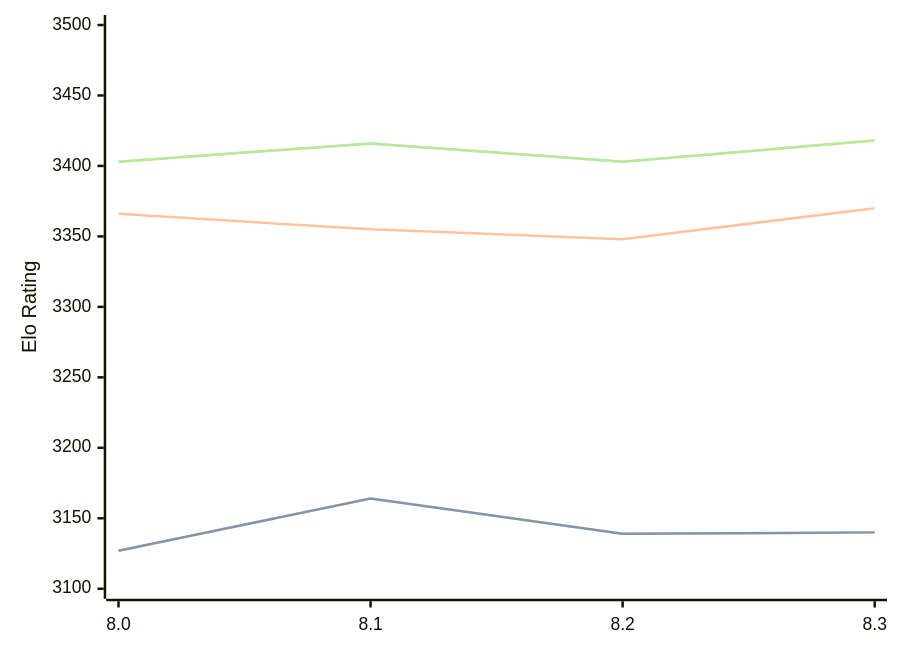
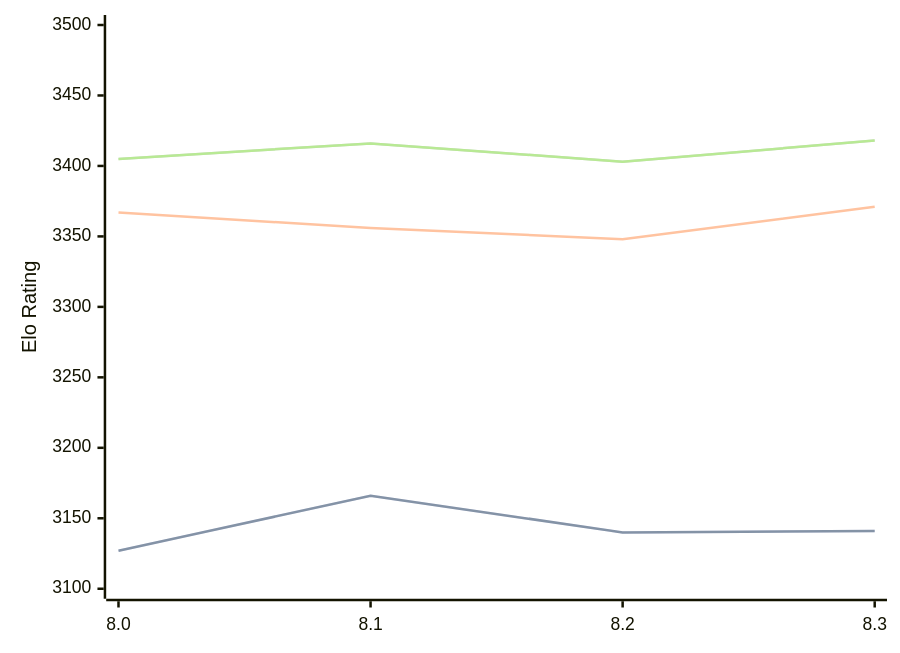
The first of 3 diagrams in engines/Alexander.md (computer-chess-index/cci), drawn with Mermaid before and after one commit. The commit also changed other lines of this file, not shown here.

Commit message:
Update CCI Ratings (ELO VLTC) - 2026-07-02

````diff
--- a/engines/Alexander.md
+++ b/engines/Alexander.md
@@ -48,11 +48,11 @@
 ```mermaid
 %%{init: {"theme":"base","themeVariables":{"seriesColors:['#a3a3a3','#222221','#faa371']}}}%%
 xychart-beta
   x-axis ["8.0", "8.1", "8.2", "8.3"]
   y-axis "Elo Rating" 3100 --> 3500
-  line "STC (8.0+0.08s)" [3127, 3164, 3139, 3140]
-  line "STC (8.0+0.08s)" [3127, 3164, 3139, 3140]
-  line "LTC (60.0+0.60s)" [3366, 3355, 3348, 3370]
-  line "VLTC (2m24s+1.12s)" [3403, 3416, 3403, 3418]
-  line "VLTC (2m24s+1.12s)" [3403, 3416, 3403, 3418]
+  line "STC (8.0+0.08s)" [3127, 3166, 3140, 3141]
+  line "STC (8.0+0.08s)" [3127, 3166, 3140, 3141]
+  line "LTC (60.0+0.60s)" [3367, 3356, 3348, 3371]
+  line "VLTC (2m24s+1.12s)" [3405, 3416, 3403, 3418]
+  line "VLTC (2m24s+1.12s)" [3405, 3416, 3403, 3418]
 ```
````
